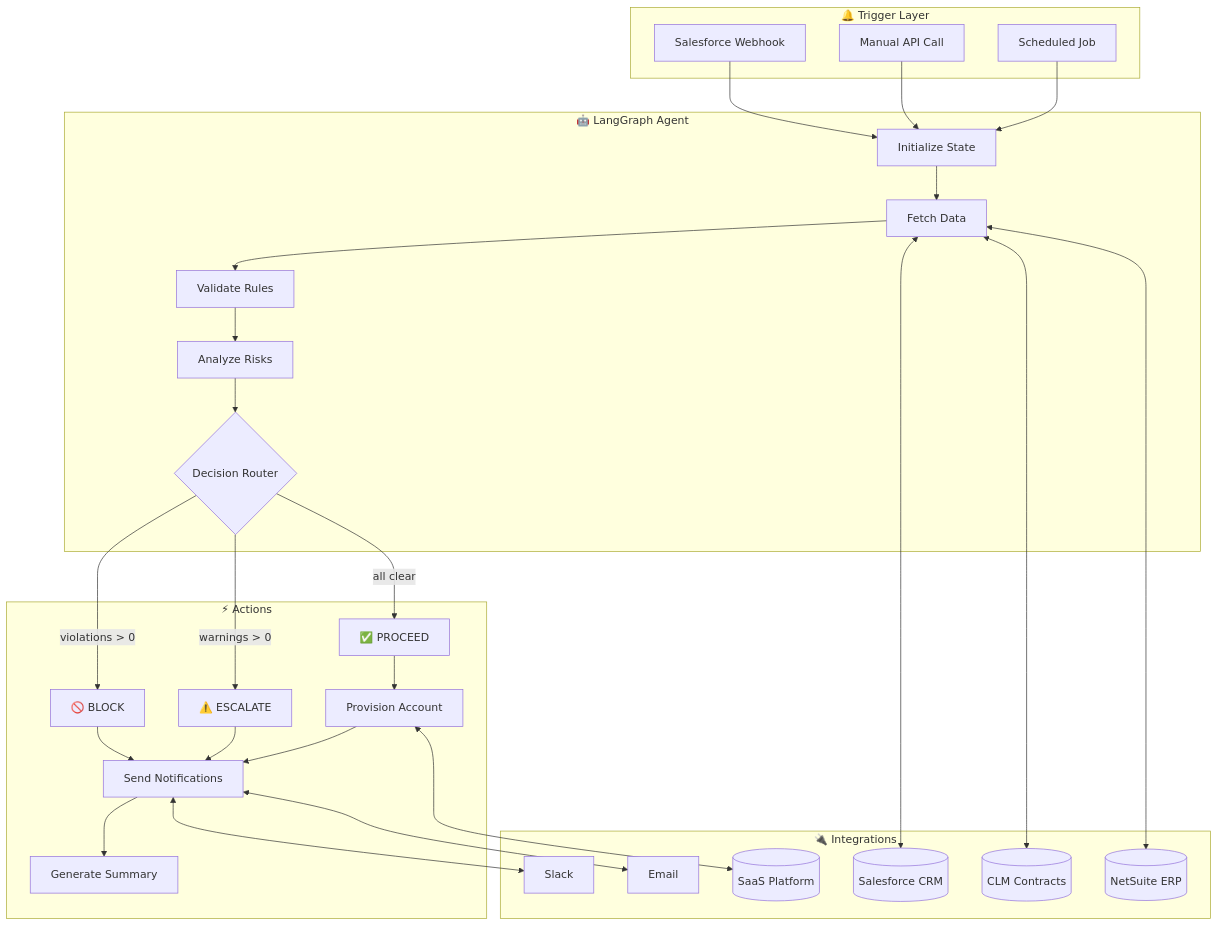
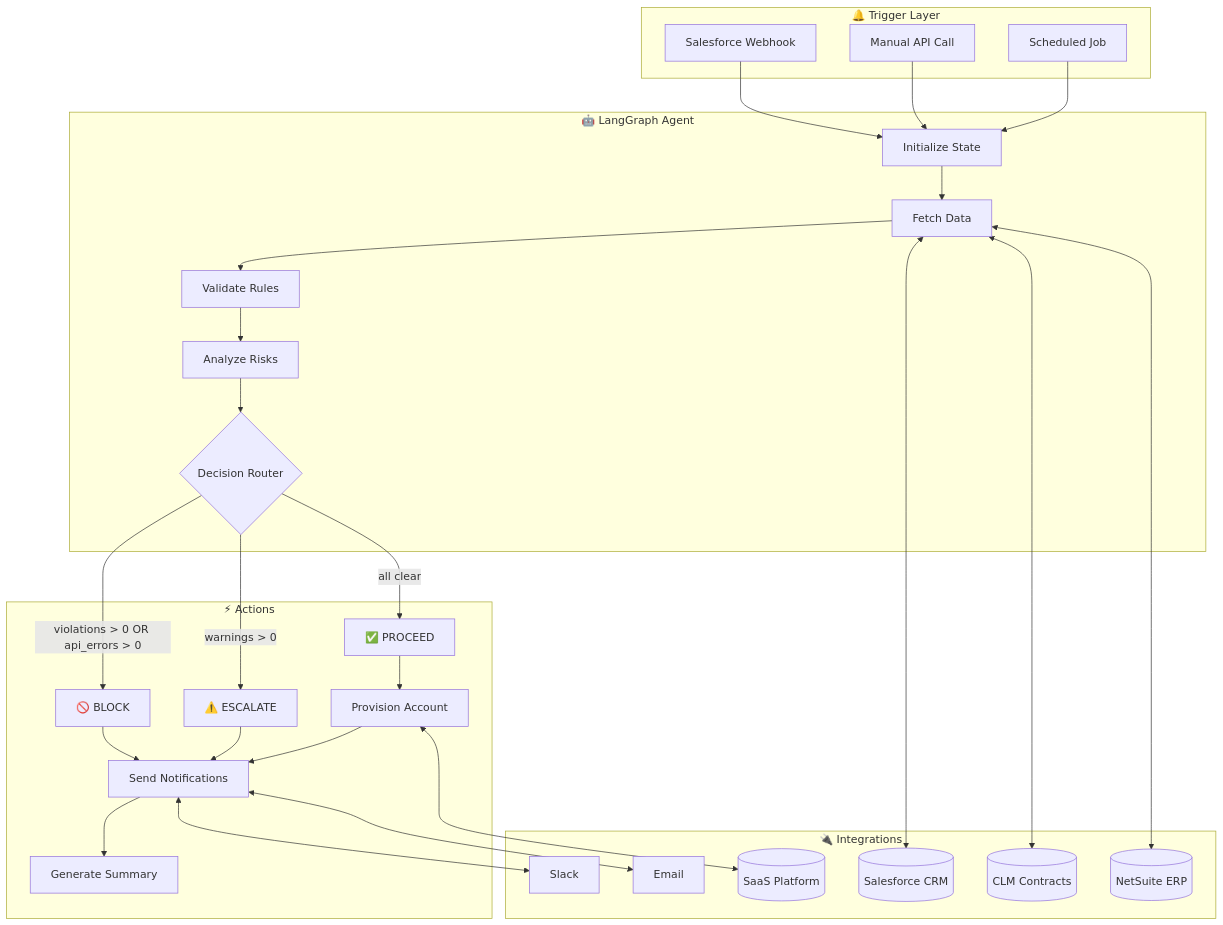
Before and after one commit to alyab16/Enterprise-Agents-Solutions-Case-Study: the first of 3 diagrams in README.md, drawn with Mermaid. The commit also changed other lines of this file and 5 other files, not shown here.

````diff
--- a/README.md
+++ b/README.md
@@ -25,61 +26,61 @@
 ```mermaid
 flowchart TB
     subgraph Triggers["🔔 Trigger Layer"]
         SF[Salesforce Webhook]
         API[Manual API Call]
         CRON[Scheduled Job]
     end
 
     subgraph Agent["🤖 LangGraph Agent"]
         INIT[Initialize State]
         FETCH[Fetch Data]
         VALIDATE[Validate Rules]
         ANALYZE[Analyze Risks]
         DECIDE{Decision Router}
         
         INIT --> FETCH
         FETCH --> VALIDATE
         VALIDATE --> ANALYZE
         ANALYZE --> DECIDE
     end
 
     subgraph Actions["⚡ Actions"]
         BLOCK[🚫 BLOCK]
         ESCALATE[⚠️ ESCALATE]
         PROCEED[✅ PROCEED]
         
         NOTIFY[Send Notifications]
         PROVISION[Provision Account]
         SUMMARY[Generate Summary]
     end
 
     subgraph Integrations["🔌 Integrations"]
         CRM[(Salesforce CRM)]
         CLM[(CLM Contracts)]
         ERP[(NetSuite ERP)]
         SAAS[(SaaS Platform)]
         SLACK[Slack]
         EMAIL[Email]
     end
 
     SF --> INIT
     API --> INIT
     CRON --> INIT
     
-    DECIDE -->|violations > 0| BLOCK
+    DECIDE -->|violations > 0 OR api_errors > 0| BLOCK
     DECIDE -->|warnings > 0| ESCALATE
     DECIDE -->|all clear| PROCEED
     
     BLOCK --> NOTIFY
     ESCALATE --> NOTIFY
     PROCEED --> PROVISION
     PROVISION --> NOTIFY
     NOTIFY --> SUMMARY
     
     FETCH <--> CRM
     FETCH <--> CLM
     FETCH <--> ERP
     PROVISION <--> SAAS
     NOTIFY <--> SLACK
     NOTIFY <--> EMAIL
 ```
````
